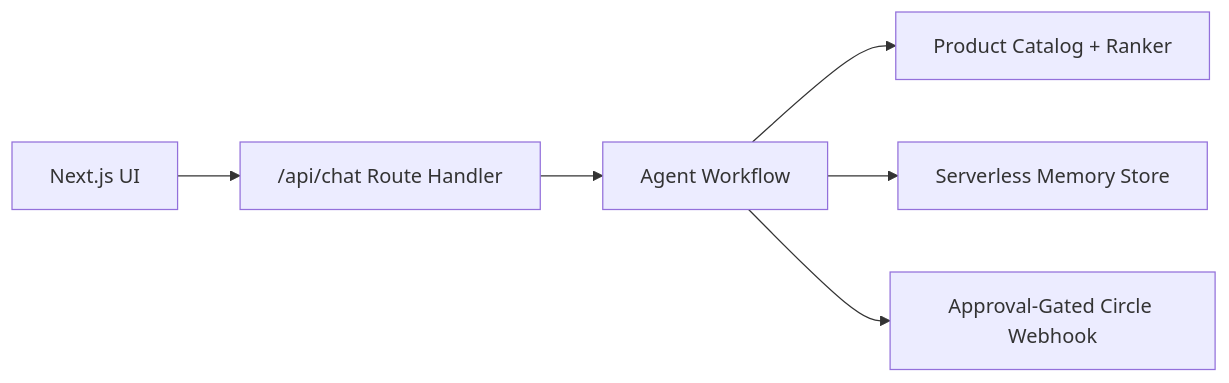
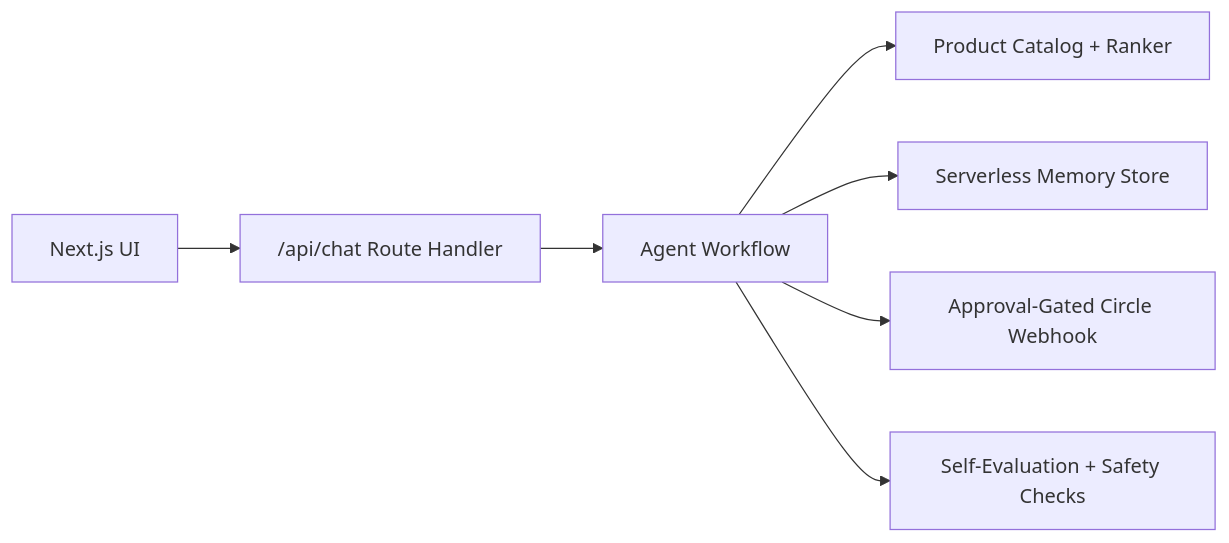
The diagram in README.md (Alpha-Park/ucws-hackathon-agent), drawn with Mermaid before and after one commit. The commit also changed other lines of this file and 8 other files, not shown here.

Commit message:
Add operator-grade agent audit loop

````diff
--- a/README.md
+++ b/README.md
@@ -88,8 +92,9 @@
 ```mermaid
 flowchart LR
     UI["Next.js UI"] --> API["/api/chat Route Handler"]
     API --> Agent["Agent Workflow"]
     Agent --> Catalog["Product Catalog + Ranker"]
     Agent --> Store["Serverless Memory Store"]
     Agent --> Circle["Approval-Gated Circle Webhook"]
+    Agent --> Audit["Self-Evaluation + Safety Checks"]
 ```
````
